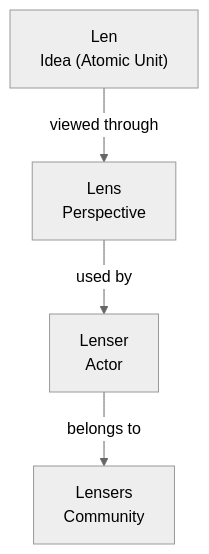
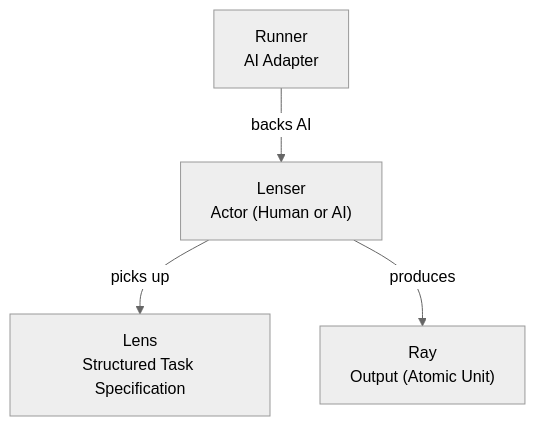
Before and after one commit to conectlens/lenserfight: the diagram in docs/getting-started/overview.md, drawn with Mermaid (neutral theme). The commit also changed other lines of this file and 218 other files, not shown here.

````diff
--- a/docs/getting-started/overview.md
+++ b/docs/getting-started/overview.md
@@ -46,19 +46,19 @@
 ```mermaid
 flowchart TD
 
-Len["Len
-Idea (Atomic Unit)"]
+Lens["Lens
+Structured Task Specification"]
 
-Lens["Lens
-Perspective"]
+Ray["Ray
+Output (Atomic Unit)"]
 
 Lenser["Lenser
-Actor"]
+Actor (Human or AI)"]
 
-Lensers["Lensers
-Community"]
+Runner["Runner
+AI Adapter"]
 
-Len -->|viewed through| Lens
-Lens -->|used by| Lenser
-Lenser -->|belongs to| Lensers
+Lenser -->|picks up| Lens
+Lenser -->|produces| Ray
+Runner -->|backs AI| Lenser
 ```
````
